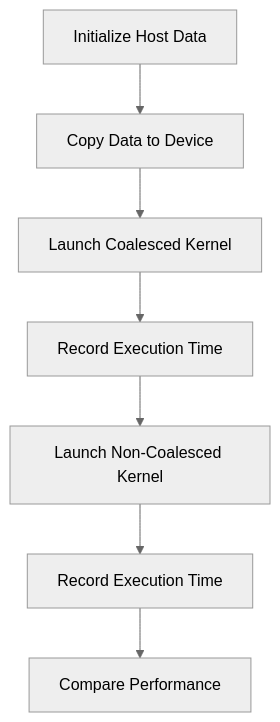
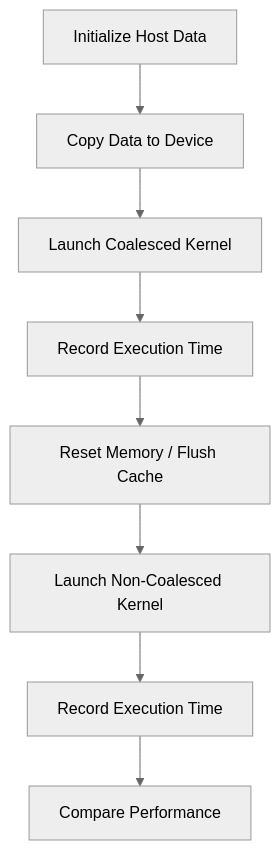
The second of 2 diagrams in daily-updates/day-9-Memory-Alignment-&-Coalescing.md (rachlenko/Cuda-120-Days-Challenge), drawn with Mermaid (neutral theme) before and after one commit. The commit also changed other lines of this file, not shown here.

First line of the commit message:
Update day-9-Memory-Alignment-&-Coalescing.md

````diff
--- a/daily-updates/day-9-Memory-Alignment-&-Coalescing.md
+++ b/daily-updates/day-9-Memory-Alignment-&-Coalescing.md
@@ -210,17 +403,19 @@
 ```mermaid
-flowchart TD
+graph TD
     A[Initialize Host Data]
     B[Copy Data to Device]
     C[Launch Coalesced Kernel]
     D[Record Execution Time]
-    E[Launch Non-Coalesced Kernel]
-    F[Record Execution Time]
-    G[Compare Performance]
+    E[Reset Memory / Flush Cache]
+    F[Launch Non-Coalesced Kernel]
+    G[Record Execution Time]
+    H[Compare Performance]
     
     A --> B
     B --> C
     C --> D
     D --> E
     E --> F
     F --> G
+    G --> H
 ```
````
